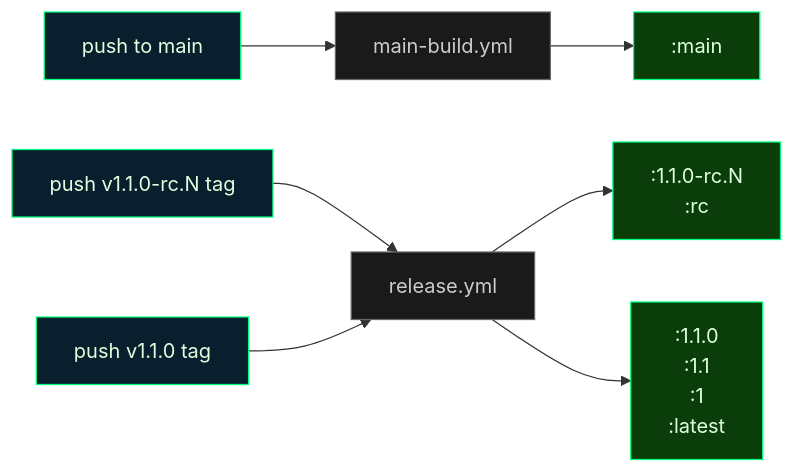
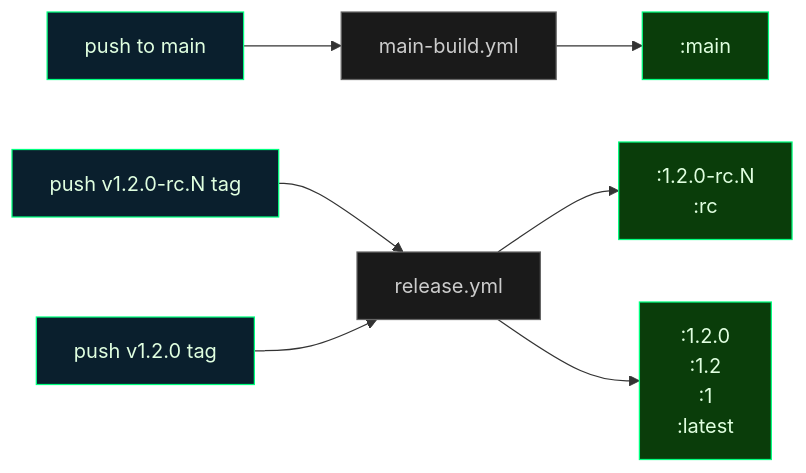
One commit to SimplicityGuy/cronduit changed the first of 3 diagrams in README.md. Above: the diagram before and after it, drawn with Mermaid. The commit also changed other lines of this file and 33 other files, not shown here.

````diff
--- a/README.md
+++ b/README.md
@@ -95,18 +109,18 @@
 ```mermaid
 flowchart LR
     PUSH_MAIN["push to main"] --> MAINBUILD["main-build.yml"]
     MAINBUILD --> MAIN[":main"]
 
-    PUSH_RC["push v1.1.0-rc.N tag"] --> RELEASE["release.yml"]
-    RELEASE --> RC[":1.1.0-rc.N<br/>:rc"]
+    PUSH_RC["push v1.2.0-rc.N tag"] --> RELEASE["release.yml"]
+    RELEASE --> RC[":1.2.0-rc.N<br/>:rc"]
 
-    PUSH_STABLE["push v1.1.0 tag"] --> RELEASE
-    RELEASE --> STABLE[":1.1.0<br/>:1.1<br/>:1<br/>:latest"]
+    PUSH_STABLE["push v1.2.0 tag"] --> RELEASE
+    RELEASE --> STABLE[":1.2.0<br/>:1.2<br/>:1<br/>:latest"]
 
     classDef trigger fill:#0a1f2d,stroke:#00ff7f,color:#e0ffe0
     classDef workflow fill:#1a1a1a,stroke:#666,color:#ccc
     classDef tag fill:#0a3d0a,stroke:#00ff7f,color:#e0ffe0
     class PUSH_MAIN,PUSH_RC,PUSH_STABLE trigger
     class MAINBUILD,RELEASE workflow
     class MAIN,RC,STABLE tag
 ```
````
